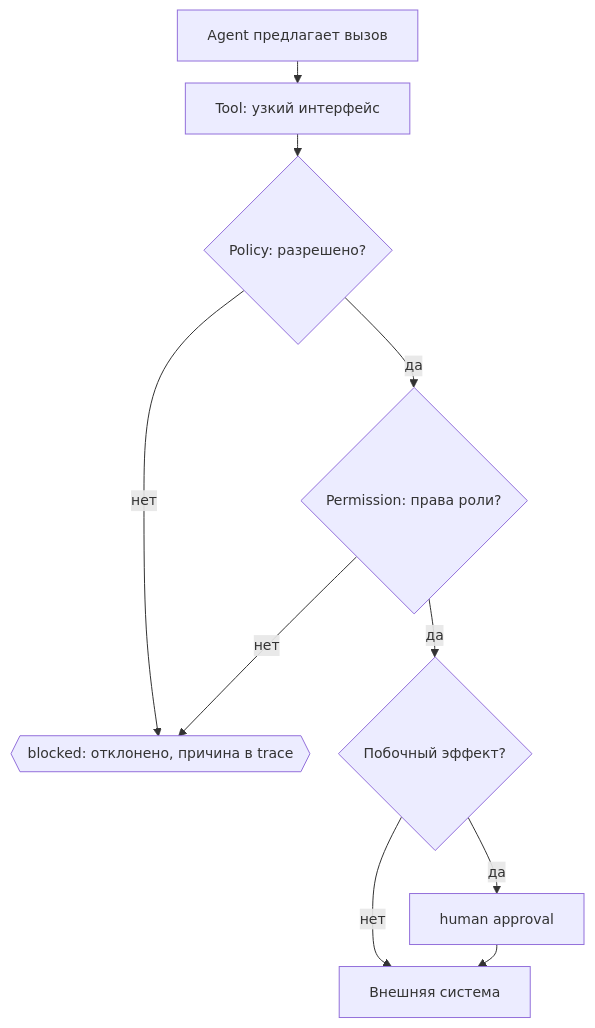
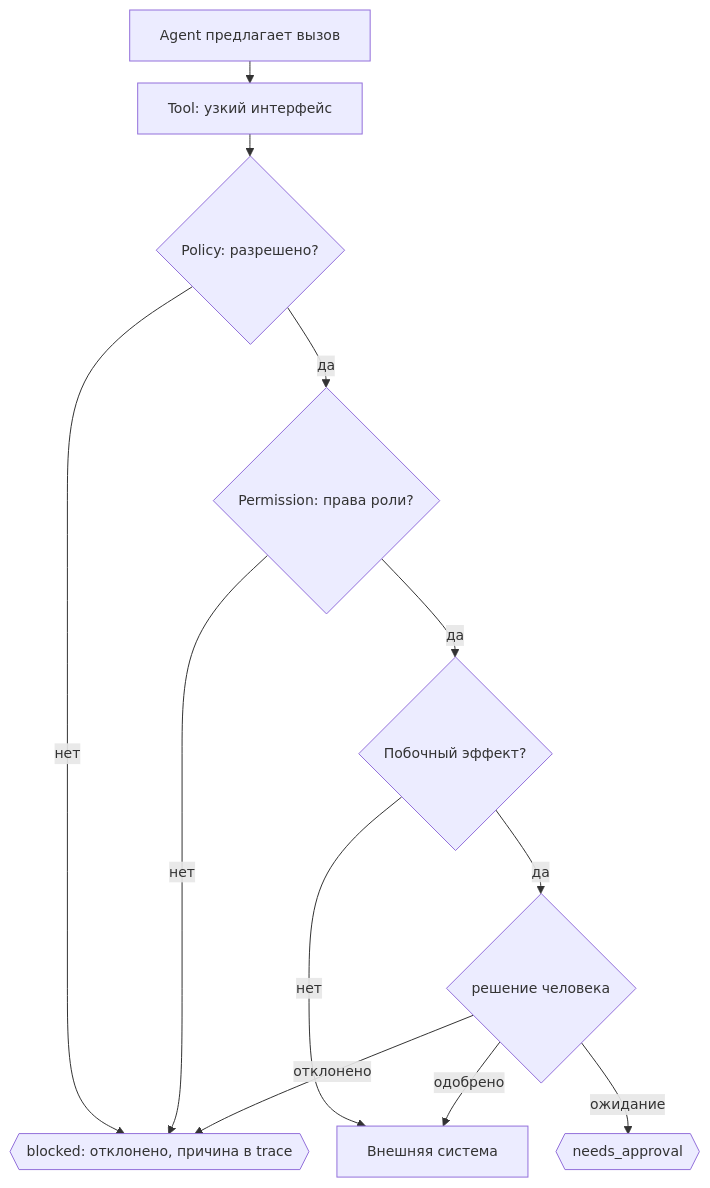
Before and after one commit to ertaipit-web/python-agent-workflow-course: the diagram in docs/course/week-6.md, drawn with Mermaid. The commit also changed other lines of this file and 11 other files, not shown here.

````diff
--- a/docs/course/week-6.md
+++ b/docs/course/week-6.md
@@ -47,11 +47,14 @@
 ```mermaid
 %%{init: {"flowchart": {"useMaxWidth": false, "nodeSpacing": 28, "rankSpacing": 22, "wrappingWidth": 460}, "themeVariables": {"fontSize": "14px"}}}%%
 flowchart TD
   A["Agent предлагает вызов"] --> T["Tool: узкий интерфейс"] --> P{"Policy: разрешено?"}
   P -- нет --> X{{"blocked: отклонено, причина в trace"}}
   P -- да --> PM{"Permission: права роли?"}
   PM -- нет --> X
   PM -- да --> H{"Побочный эффект?"}
   H -- нет --> E["Внешняя система"]
-  H -- да --> HA["human approval"] --> E
+    H -- да --> HA{"решение человека"}
+    HA -- ожидание --> N{{"needs_approval"}}
+    HA -- отклонено --> X
+    HA -- одобрено --> E
 ```
````
